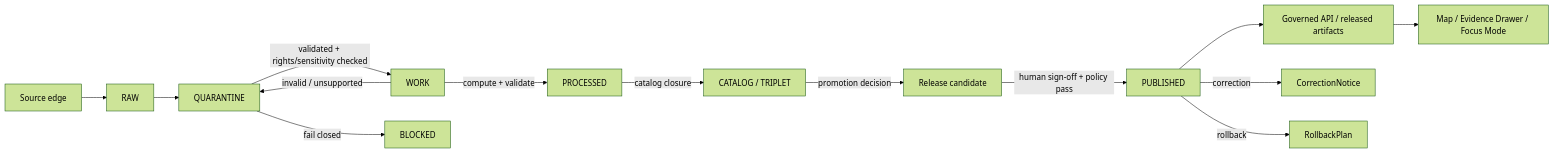
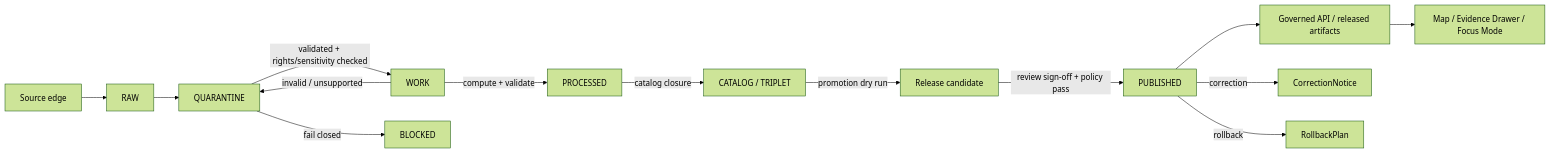
Before and after one commit to bartytime4life/Kansas-Frontier-Matrix: the diagram in docs/architecture/GOVERNED_CI_PATTERNS.md, drawn with Mermaid (forest theme). The commit also changed other lines of this file, not shown here.

````diff
--- a/docs/architecture/GOVERNED_CI_PATTERNS.md
+++ b/docs/architecture/GOVERNED_CI_PATTERNS.md
@@ -302,20 +340,20 @@
 ```mermaid
 flowchart LR
     SOURCE[Source edge] --> RAW[RAW]
     RAW --> QUARANTINE[QUARANTINE]
     QUARANTINE -->|validated + rights/sensitivity checked| WORK[WORK]
     QUARANTINE -->|fail closed| BLOCKED[BLOCKED]
 
     WORK -->|compute + validate| PROCESSED[PROCESSED]
     WORK -->|invalid / unsupported| QUARANTINE
 
     PROCESSED -->|catalog closure| CATALOG[CATALOG / TRIPLET]
-    CATALOG -->|promotion decision| RELEASE[Release candidate]
-    RELEASE -->|human sign-off + policy pass| PUBLISHED[PUBLISHED]
+    CATALOG -->|promotion dry run| RELEASE[Release candidate]
+    RELEASE -->|review sign-off + policy pass| PUBLISHED[PUBLISHED]
 
     PUBLISHED --> API[Governed API / released artifacts]
     API --> UI[Map / Evidence Drawer / Focus Mode]
 
     PUBLISHED -->|correction| CORRECTION[CorrectionNotice]
     PUBLISHED -->|rollback| ROLLBACK[RollbackPlan]
 ```
````
